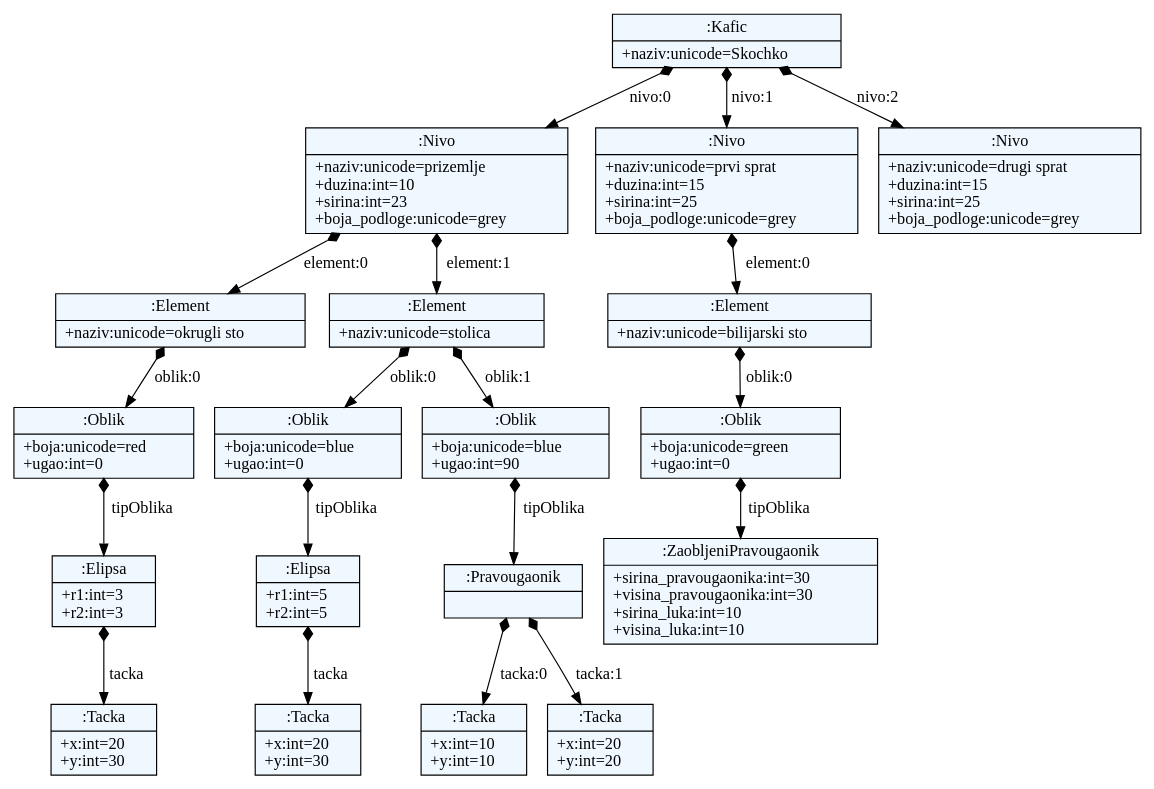
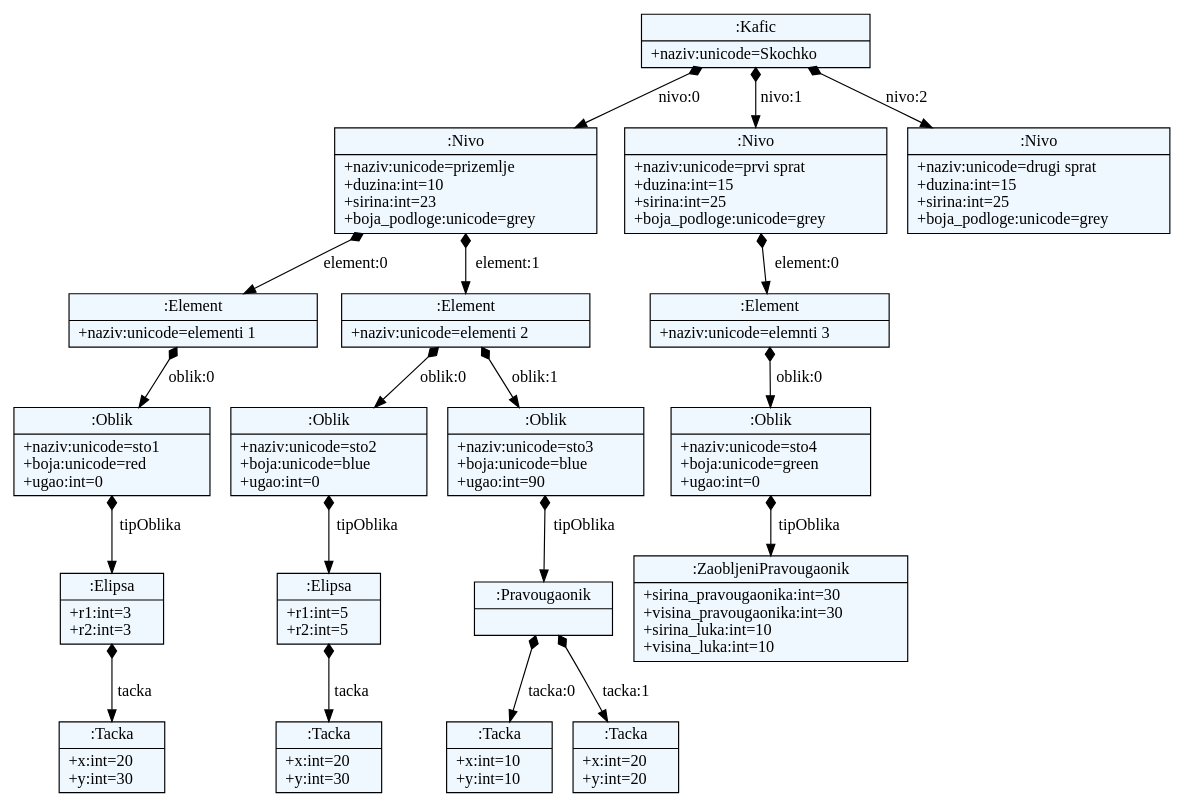
The diagram in JSDProject/language/model.dot (0xMilica/JSDGenerator), drawn with Graphviz before and after one commit. The commit also changed 5 other files, not shown here.

Commit message:
Ubacen naziv u Oblik koji koristi pravilo ID, da bi oblik mogao da se identifikuje.

```diff
--- a/JSDProject/language/model.dot
+++ b/JSDProject/language/model.dot
@@ -1,51 +1,51 @@
 
     digraph xtext {
     fontname = "Bitstream Vera Sans"
     fontsize = 8
     node[
         shape=record,
         style=filled,
         fillcolor=aliceblue
     ]
     edge[dir=black,arrowtail=empty]
 
 
-52854568 -> 51975560 [label="nivo:0" arrowtail=diamond dir=both]
-51975560 -> 52049736 [label="element:0" arrowtail=diamond dir=both]
-52049736 -> 52048504 [label="oblik:0" arrowtail=diamond dir=both]
-52048504 -> 51997776 [label="tipOblika" arrowtail=diamond dir=both]
-51997776 -> 51995872 [label="tacka" arrowtail=diamond dir=both]
-51995872[label="{:Tacka|+x:int=20\l+y:int=30\l}"]
-51997776[label="{:Elipsa|+r1:int=3\l+r2:int=3\l}"]
-52048504[label="{:Oblik|+boja:unicode=red\l+ugao:int=0\l}"]
-52049736[label="{:Element|+naziv:unicode=okrugli sto\l}"]
-51975560 -> 52048896 [label="element:1" arrowtail=diamond dir=both]
-52048896 -> 51996040 [label="oblik:0" arrowtail=diamond dir=both]
-51996040 -> 51867944 [label="tipOblika" arrowtail=diamond dir=both]
-51867944 -> 51868952 [label="tacka" arrowtail=diamond dir=both]
-51868952[label="{:Tacka|+x:int=20\l+y:int=30\l}"]
-51867944[label="{:Elipsa|+r1:int=5\l+r2:int=5\l}"]
-51996040[label="{:Oblik|+boja:unicode=blue\l+ugao:int=0\l}"]
-52048896 -> 51868112 [label="oblik:1" arrowtail=diamond dir=both]
-51868112 -> 52038232 [label="tipOblika" arrowtail=diamond dir=both]
-52038232 -> 52039184 [label="tacka:0" arrowtail=diamond dir=both]
-52039184[label="{:Tacka|+x:int=10\l+y:int=10\l}"]
-52038232 -> 52038400 [label="tacka:1" arrowtail=diamond dir=both]
-52038400[label="{:Tacka|+x:int=20\l+y:int=20\l}"]
-52038232[label="{:Pravougaonik|}"]
-51868112[label="{:Oblik|+boja:unicode=blue\l+ugao:int=90\l}"]
-52048896[label="{:Element|+naziv:unicode=stolica\l}"]
-51975560[label="{:Nivo|+naziv:unicode=prizemlje\l+duzina:int=10\l+sirina:int=23\l+boja_podloge:unicode=grey\l}"]
-52854568 -> 51976568 [label="nivo:1" arrowtail=diamond dir=both]
-51976568 -> 52048840 [label="element:0" arrowtail=diamond dir=both]
-52048840 -> 52037000 [label="oblik:0" arrowtail=diamond dir=both]
-52037000 -> 52084240 [label="tipOblika" arrowtail=diamond dir=both]
-52084240[label="{:ZaobljeniPravougaonik|+sirina_pravougaonika:int=30\l+visina_pravougaonika:int=30\l+sirina_luka:int=10\l+visina_luka:int=10\l}"]
-52037000[label="{:Oblik|+boja:unicode=green\l+ugao:int=0\l}"]
-52048840[label="{:Element|+naziv:unicode=bilijarski sto\l}"]
-51976568[label="{:Nivo|+naziv:unicode=prvi sprat\l+duzina:int=15\l+sirina:int=25\l+boja_podloge:unicode=grey\l}"]
-52854568 -> 52049904 [label="nivo:2" arrowtail=diamond dir=both]
-52049904[label="{:Nivo|+naziv:unicode=drugi sprat\l+duzina:int=15\l+sirina:int=25\l+boja_podloge:unicode=grey\l}"]
-52854568[label="{:Kafic|+naziv:unicode=Skochko\l}"]
+51651864 -> 51636320 [label="nivo:0" arrowtail=diamond dir=both]
+51636320 -> 51634584 [label="element:0" arrowtail=diamond dir=both]
+51634584 -> 51634416 [label="oblik:0" arrowtail=diamond dir=both]
+51634416 -> 51635760 [label="tipOblika" arrowtail=diamond dir=both]
+51635760 -> 51636992 [label="tacka" arrowtail=diamond dir=both]
+51636992[label="{:Tacka|+x:int=20\l+y:int=30\l}"]
+51635760[label="{:Elipsa|+r1:int=3\l+r2:int=3\l}"]
+51634416[label="{:Oblik|+naziv:unicode=sto1\l+boja:unicode=red\l+ugao:int=0\l}"]
+51634584[label="{:Element|+naziv:unicode=elementi 1\l}"]
+51636320 -> 51636544 [label="element:1" arrowtail=diamond dir=both]
+51636544 -> 51635816 [label="oblik:0" arrowtail=diamond dir=both]
+51635816 -> 51636768 [label="tipOblika" arrowtail=diamond dir=both]
+51636768 -> 51634976 [label="tacka" arrowtail=diamond dir=both]
+51634976[label="{:Tacka|+x:int=20\l+y:int=30\l}"]
+51636768[label="{:Elipsa|+r1:int=5\l+r2:int=5\l}"]
+51635816[label="{:Oblik|+naziv:unicode=sto2\l+boja:unicode=blue\l+ugao:int=0\l}"]
+51636544 -> 51637048 [label="oblik:1" arrowtail=diamond dir=both]
+51637048 -> 51635032 [label="tipOblika" arrowtail=diamond dir=both]
+51635032 -> 51635200 [label="tacka:0" arrowtail=diamond dir=both]
+51635200[label="{:Tacka|+x:int=10\l+y:int=10\l}"]
+51635032 -> 51635256 [label="tacka:1" arrowtail=diamond dir=both]
+51635256[label="{:Tacka|+x:int=20\l+y:int=20\l}"]
+51635032[label="{:Pravougaonik|}"]
+51637048[label="{:Oblik|+naziv:unicode=sto3\l+boja:unicode=blue\l+ugao:int=90\l}"]
+51636544[label="{:Element|+naziv:unicode=elementi 2\l}"]
+51636320[label="{:Nivo|+naziv:unicode=prizemlje\l+duzina:int=10\l+sirina:int=23\l+boja_podloge:unicode=grey\l}"]
+51651864 -> 51636376 [label="nivo:1" arrowtail=diamond dir=both]
+51636376 -> 51634472 [label="element:0" arrowtail=diamond dir=both]
+51634472 -> 51634808 [label="oblik:0" arrowtail=diamond dir=both]
+51634808 -> 51636936 [label="tipOblika" arrowtail=diamond dir=both]
+51636936[label="{:ZaobljeniPravougaonik|+sirina_pravougaonika:int=30\l+visina_pravougaonika:int=30\l+sirina_luka:int=10\l+visina_luka:int=10\l}"]
+51634808[label="{:Oblik|+naziv:unicode=sto4\l+boja:unicode=green\l+ugao:int=0\l}"]
+51634472[label="{:Element|+naziv:unicode=elemnti 3\l}"]
+51636376[label="{:Nivo|+naziv:unicode=prvi sprat\l+duzina:int=15\l+sirina:int=25\l+boja_podloge:unicode=grey\l}"]
+51651864 -> 51634528 [label="nivo:2" arrowtail=diamond dir=both]
+51634528[label="{:Nivo|+naziv:unicode=drugi sprat\l+duzina:int=15\l+sirina:int=25\l+boja_podloge:unicode=grey\l}"]
+51651864[label="{:Kafic|+naziv:unicode=Skochko\l}"]
 
 }
```
